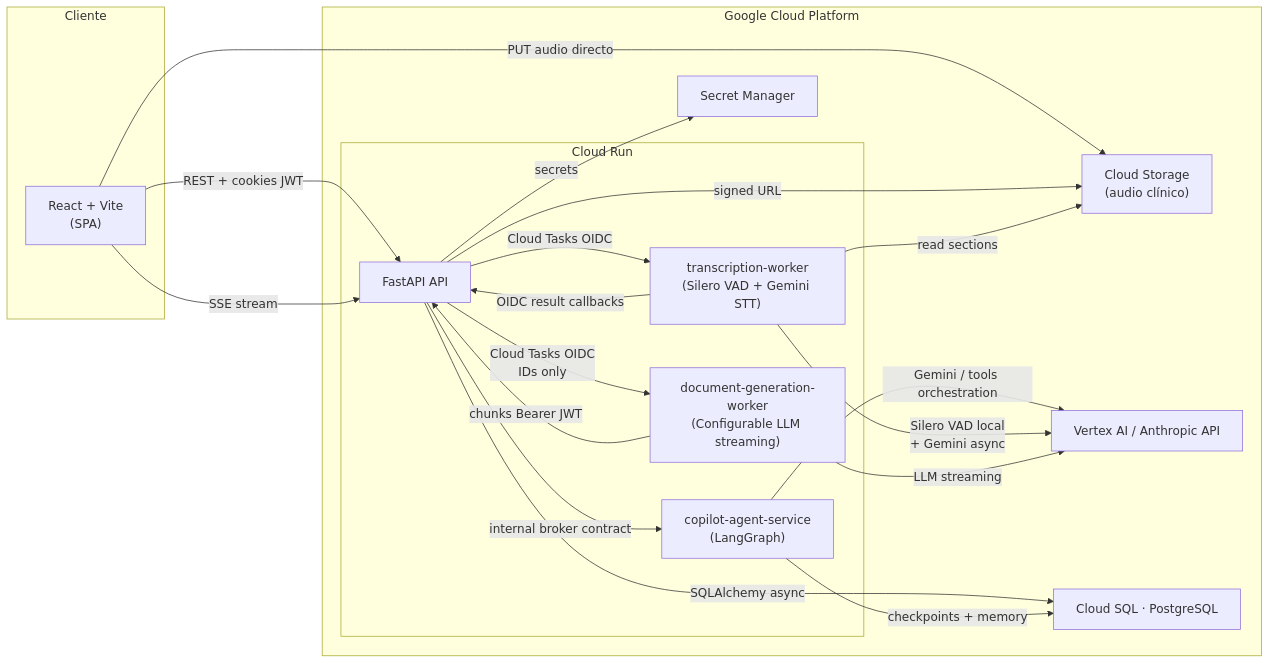
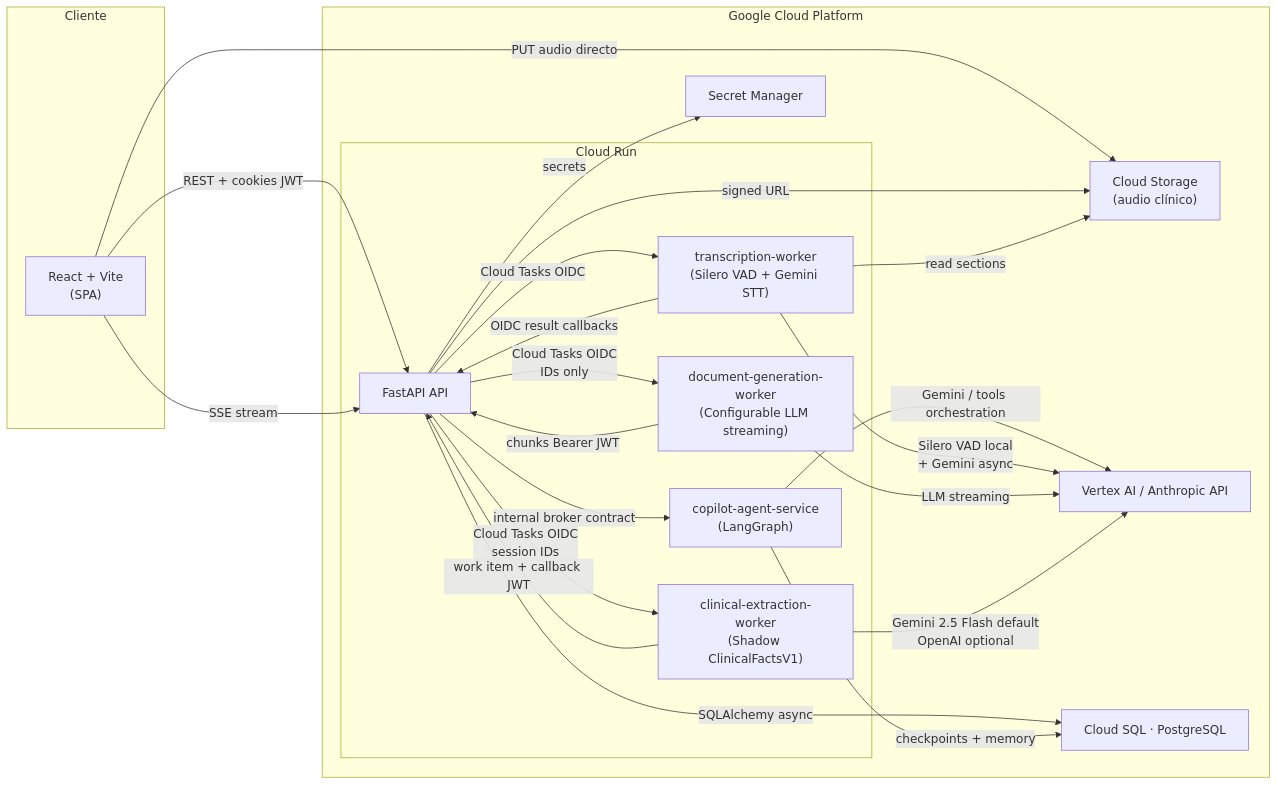
One commit to Jmoreno844/medical-ai-webapp changed the first of 3 diagrams in docs/architecture/system-overview.md. Above: the diagram before and after it, drawn with Mermaid. The commit also changed other lines of this file and 36 other files, not shown here.

Commit message:
feat(clinical-extraction): add shadow extraction worker

````diff
--- a/docs/architecture/system-overview.md
+++ b/docs/architecture/system-overview.md
@@ -10,40 +10,44 @@
 ```mermaid
 graph LR
     subgraph client ["Cliente"]
         Browser["React + Vite\n(SPA)"]
     end
 
     subgraph gcp ["Google Cloud Platform"]
         subgraph backend_run ["Cloud Run"]
             Backend["FastAPI API"]
             Worker["transcription-worker\n(Silero VAD + Gemini STT)"]
             DocWorker["document-generation-worker\n(Configurable LLM streaming)"]
+            ExtractionWorker["clinical-extraction-worker\n(Shadow ClinicalFactsV1)"]
             Copilot["copilot-agent-service\n(LangGraph)"]
         end
         GCS["Cloud Storage\n(audio clínico)"]
         LLMProviders["Vertex AI / Anthropic API"]
         PG["Cloud SQL · PostgreSQL"]
         SM["Secret Manager"]
     end
 
     Browser -->|"REST + cookies JWT"| Backend
     Browser -->|"PUT audio directo"| GCS
     Browser -->|"SSE stream"| Backend
 
     Backend -->|"SQLAlchemy async"| PG
     Backend -->|"signed URL"| GCS
     Backend -->|"Cloud Tasks OIDC\nIDs only"| DocWorker
     Backend -->|"internal broker contract"| Copilot
     Backend -->|"secrets"| SM
 
     Copilot -->|"checkpoints + memory"| PG
     Copilot -->|"Gemini / tools orchestration"| LLMProviders
 
     Backend -->|"Cloud Tasks OIDC"| Worker
     Worker -->|"read sections"| GCS
     Worker -->|"Silero VAD local\n+ Gemini async"| LLMProviders
     Worker -->|"OIDC result callbacks"| Backend
 
     DocWorker -->|"LLM streaming"| LLMProviders
     DocWorker -->|"chunks Bearer JWT"| Backend
+    Backend -->|"Cloud Tasks OIDC\nsession IDs"| ExtractionWorker
+    ExtractionWorker -->|"work item + callback JWT"| Backend
+    ExtractionWorker -->|"Gemini 2.5 Flash default\nOpenAI optional"| LLMProviders
 ```
````
